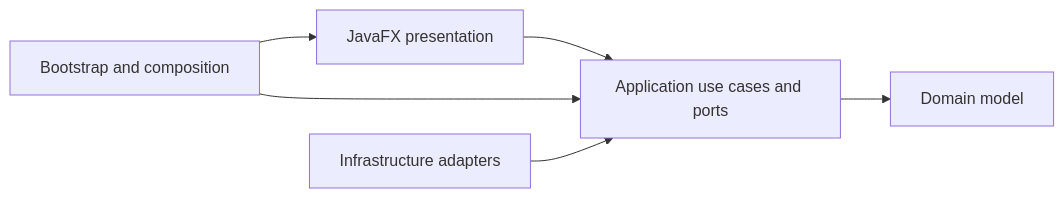
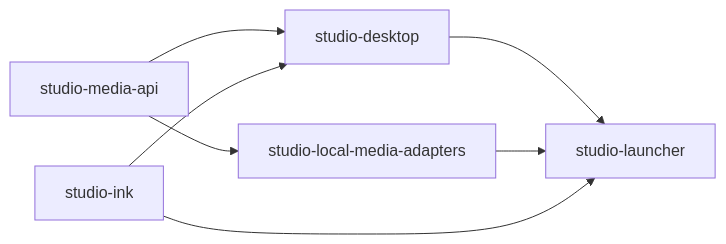
One commit to marcos-moreira-dev/DocuPodcast-Studio changed the diagram in docs/architecture/overview.md. Above: the diagram before and after it, drawn with Mermaid. The commit also changed other lines of this file and 365 other files, not shown here.

````diff
--- a/docs/architecture/overview.md
+++ b/docs/architecture/overview.md
@@ -5,8 +7,9 @@
 ```mermaid
 flowchart LR
-    UI["JavaFX presentation"] --> APP["Application use cases and ports"]
-    BOOT["Bootstrap and composition"] --> UI
-    BOOT --> APP
-    INFRA["Infrastructure adapters"] --> APP
-    APP --> DOMAIN["Domain model"]
+    API["studio-media-api"] --> DESKTOP["studio-desktop"]
+    INK["studio-ink"] --> DESKTOP
+    DESKTOP --> LAUNCHER["studio-launcher"]
+    ADAPTERS["studio-local-media-adapters"] --> LAUNCHER
+    API --> ADAPTERS
+    INK --> LAUNCHER
 ```
````
